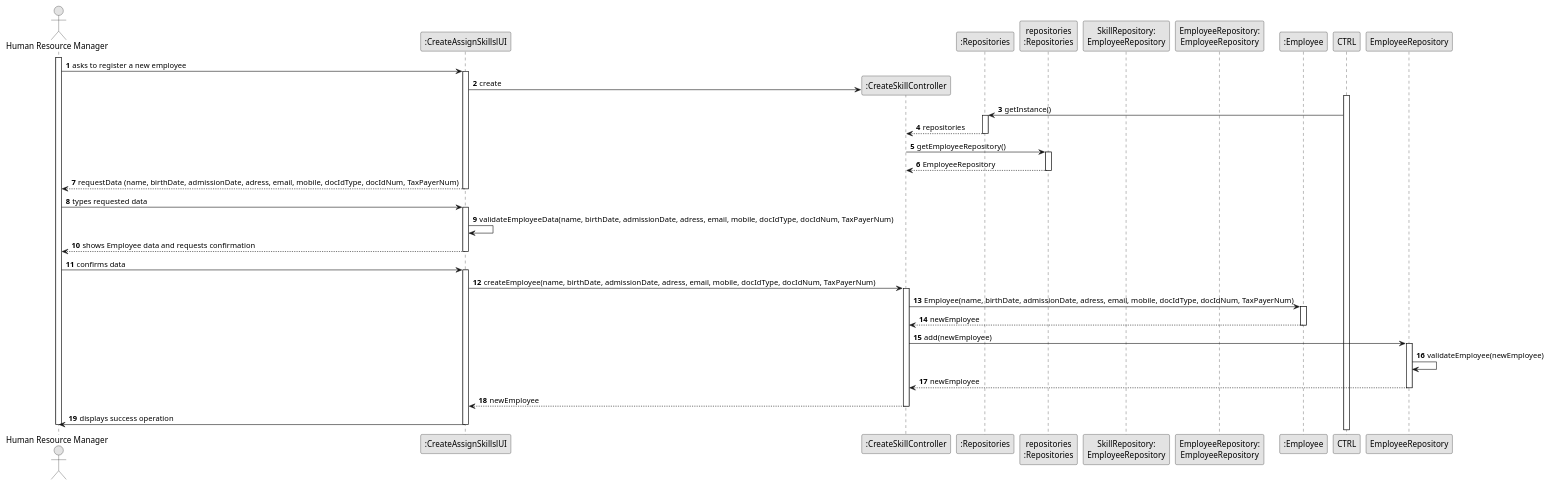
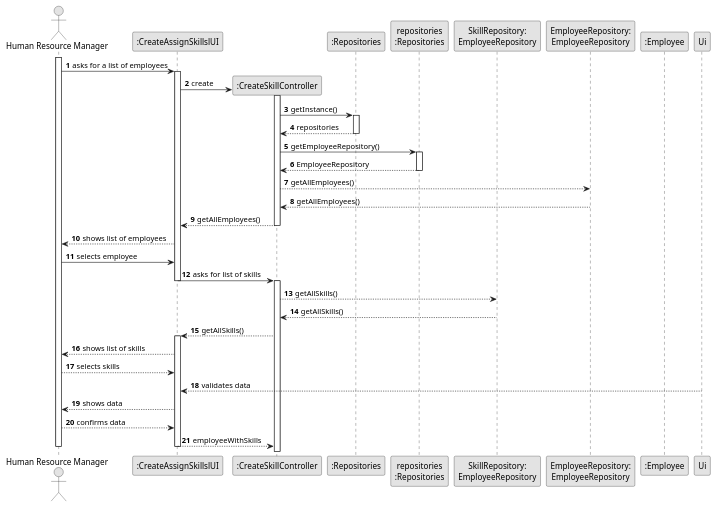
Before and after one commit to Paulo-Pereira-at-ISEP/lei-24-s2-1nanb-g321: the diagram in docs/sprintB/us04/03.design/puml/us006-sequence-diagram-full.puml, drawn with PlantUML. The commit also changed 7 other files, not shown here.

```diff
--- a/docs/sprintB/us04/03.design/puml/us006-sequence-diagram-full.puml
+++ b/docs/sprintB/us04/03.design/puml/us006-sequence-diagram-full.puml
@@ -1,109 +1,92 @@
 @startuml
 skinparam monochrome true
 skinparam packageStyle rectangle
 skinparam shadowing false
 
 autonumber
 
 'hide footbox
 
 actor "Human Resource Manager" as HRM
 participant ":CreateAssignSkillslUI" as UI
 participant ":CreateSkillController" as controller
 participant ":Repositories" as singleton
 
 
 
 participant "repositories\n:Repositories" as rep
 
 
 participant "SkillRepository:\nEmployeeRepository" as skillRep
 participant "EmployeeRepository:\nEmployeeRepository" as employeeRep
 participant ":Employee" as Employee
 
 activate HRM
 
-        HRM -> UI : asks to register a new employee
+        HRM -> UI : asks for a list of employees
 
         activate UI
             'create CTRL
             UI -> controller** : create
 
-            activate CTRL
+            activate controller
 
-                CTRL -> singleton : getInstance()
+                  controller -> singleton : getInstance()
 
                 activate singleton
 
                     singleton --> controller : repositories
 
                 deactivate singleton
 
                 controller -> rep : getEmployeeRepository()
 
                 activate rep
 
                     rep --> controller : EmployeeRepository
 
                 deactivate rep
+                    controller --> employeeRep : getAllEmployees()
+                    employeeRep --> controller : getAllEmployees()
+                    controller --> UI: getAllEmployees()
+
 
             deactivate controller
 
 
             'requests the HRM to input data
-            UI --> HRM : requestData (name, birthDate, admissionDate, adress, email, mobile, docIdType, docIdNum, TaxPayerNum)
-        deactivate UI
-
-        HRM -> UI : types requested data
-
-        activate UI
-
-            UI -> UI : validateEmployeeData(name, birthDate, admissionDate, adress, email, mobile, docIdType, docIdNum, TaxPayerNum)
+            UI --> HRM : shows list of employees
 
 
-            deactivate controller
+        HRM -> UI : selects employee
 
-            UI --> HRM : shows Employee data and requests confirmation
 
-        deactivate UI
 
-            HRM -> UI : confirms data
+            UI -> controller : asks for list of skills
 
-        activate UI
-
-            UI -> controller : createEmployee(name, birthDate, admissionDate, adress, email, mobile, docIdType, docIdNum, TaxPayerNum)
-
+           deactivate UI
             activate controller
 
+            controller --> skillRep : getAllSkills()
+            skillRep --> controller : getAllSkills()
+            controller --> UI : getAllSkills()
+            activate UI
 
-                controller -> Employee : Employee(name, birthDate, admissionDate, adress, email, mobile, docIdType, docIdNum, TaxPayerNum)
-
-                activate Employee
-
-                Employee --> controller : newEmployee
-
-                deactivate Employee
-
-                controller -> EmployeeRepository : add(newEmployee)
-
-                activate EmployeeRepository
-
-                    EmployeeRepository -> EmployeeRepository : validateEmployee(newEmployee)
+            UI --> HRM : shows list of skills
 
 
-                    EmployeeRepository --> controller : newEmployee
+            HRM --> UI : selects skills
 
-                deactivate EmployeeRepository
+            Ui --> UI : validates data
 
-            controller --> UI : newEmployee
+           UI --> HRM : shows data
 
+           HRM --> UI :confirms data
 
-        deactivate controller
+           UI --> controller : employeeWithSkills
+deactivate UI
 
-        UI -> HRM : displays success operation
-
-    deactivate UI
 
 deactivate HRM
 
 @enduml
```
